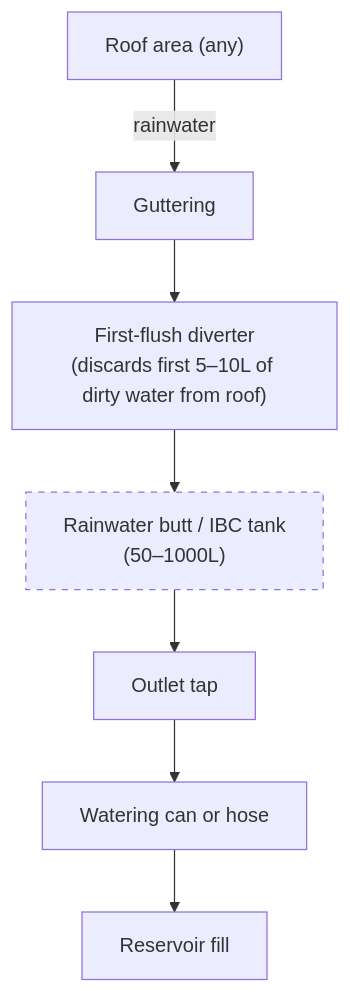
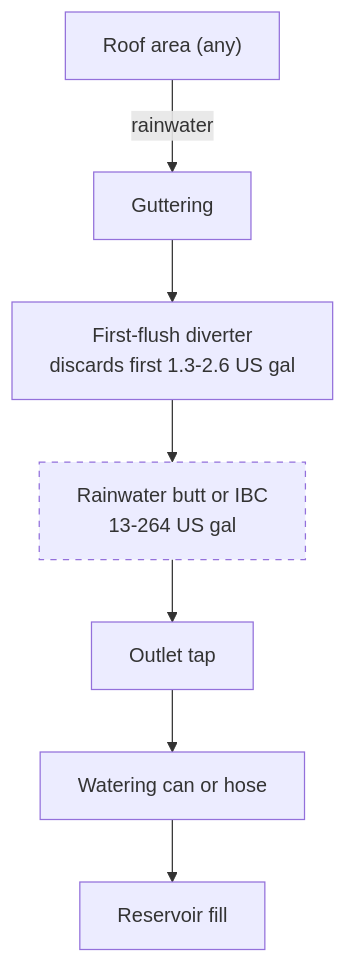
The diagram in guide/nft/03-water-quality.md (UncleJS/guide_hydroponics), drawn with Mermaid before and after one commit. The commit also changed other lines of this file and 35 other files, not shown here.

````diff
--- a/guide/nft/03-water-quality.md
+++ b/guide/nft/03-water-quality.md
@@ -268,12 +269,12 @@
 ```mermaid
 flowchart TD
     A["Roof area (any)"] -->|rainwater| B["Guttering"]
-    B --> C["First-flush diverter<br/>(discards first 5–10L of dirty water from roof)"]
-    C --> D["Rainwater butt / IBC tank<br/>(50–1000L)"]
+    B --> C["First-flush diverter<br/>discards first 1.3-2.6 US gal"]
+    C --> D["Rainwater butt or IBC<br/>13-264 US gal"]
     D --> E["Outlet tap"]
     E --> F["Watering can or hose"]
     F --> G["Reservoir fill"]
 
     D:::note
     classDef note stroke-dasharray:5 5
 ```
````
